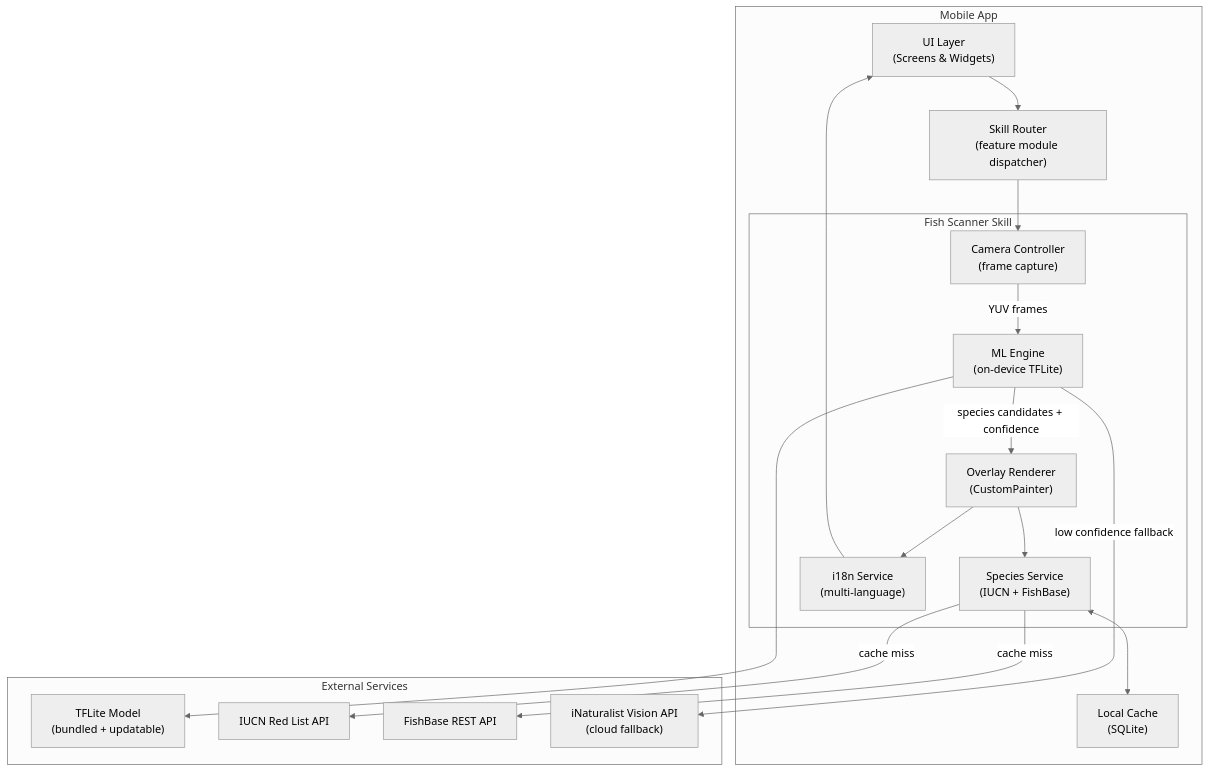
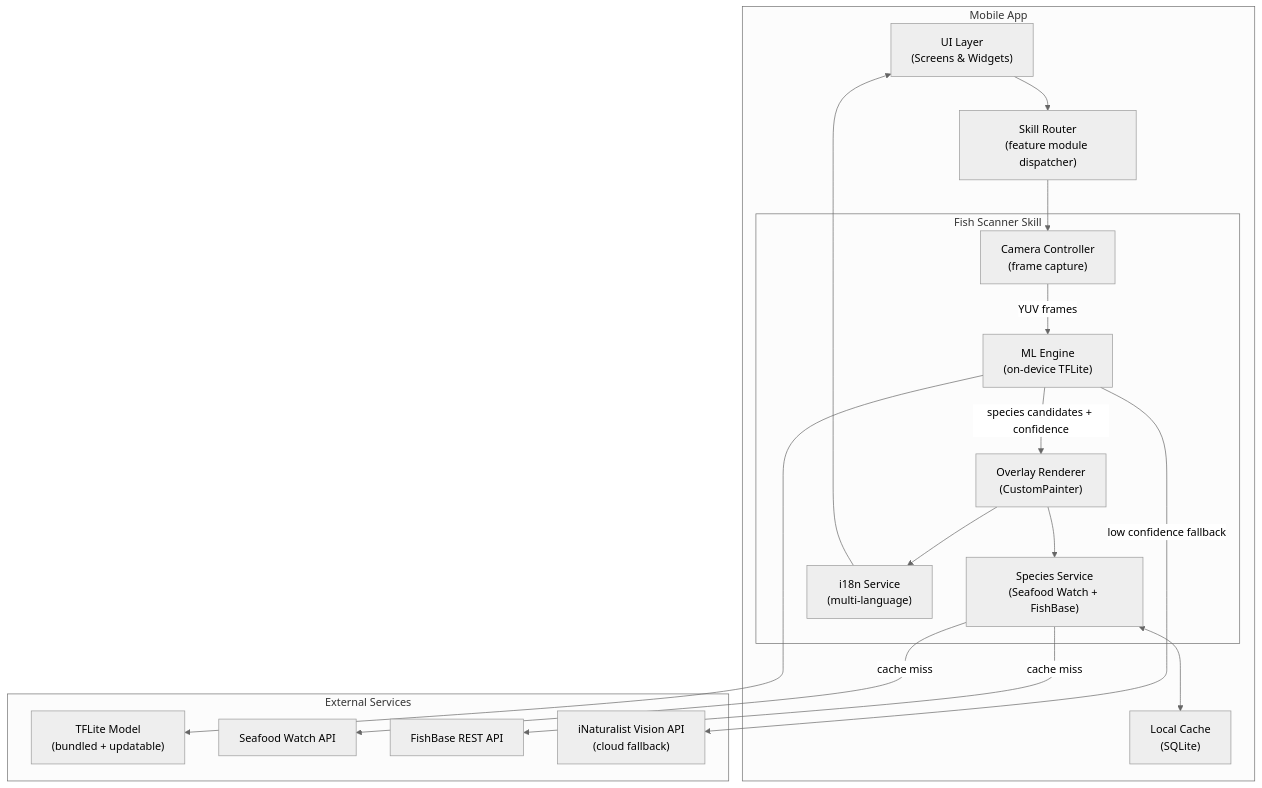
Before and after one commit to ruimcoder/ecopal: the second of 4 diagrams in docs/architecture.md, drawn with Mermaid (neutral theme). The commit also changed other lines of this file and 2 other files, not shown here.

First line of the commit message:
docs: remove IUCN references, align with ADR-004 Seafood Watch strategy

````diff
--- a/docs/architecture.md
+++ b/docs/architecture.md
@@ -36,37 +36,37 @@
 ```mermaid
 graph TD
     subgraph Mobile App
         UI["UI Layer\n(Screens & Widgets)"]
         SkillRouter["Skill Router\n(feature module dispatcher)"]
 
         subgraph Fish Scanner Skill
             CameraCtrl["Camera Controller\n(frame capture)"]
             MLEngine["ML Engine\n(on-device TFLite)"]
             OverlayRenderer["Overlay Renderer\n(CustomPainter)"]
-            SpeciesService["Species Service\n(IUCN + FishBase)"]
+            SpeciesService["Species Service\n(Seafood Watch + FishBase)"]
             I18n["i18n Service\n(multi-language)"]
         end
 
         LocalCache["Local Cache\n(SQLite)"]
     end
 
     subgraph External Services
         TFLiteModel["TFLite Model\n(bundled + updatable)"]
-        IUCNApi["IUCN Red List API"]
+        SeafoodWatchApi["Seafood Watch API"]
         FishBaseApi["FishBase REST API"]
         iNatApi["iNaturalist Vision API\n(cloud fallback)"]
     end
 
     UI --> SkillRouter
     SkillRouter --> CameraCtrl
     CameraCtrl -->|YUV frames| MLEngine
     MLEngine -->|species candidates + confidence| OverlayRenderer
     MLEngine -->|low confidence fallback| iNatApi
     OverlayRenderer --> SpeciesService
-    SpeciesService -->|cache miss| IUCNApi
+    SpeciesService -->|cache miss| SeafoodWatchApi
     SpeciesService -->|cache miss| FishBaseApi
     SpeciesService <--> LocalCache
     MLEngine --> TFLiteModel
     OverlayRenderer --> I18n
     I18n --> UI
 ```
````
